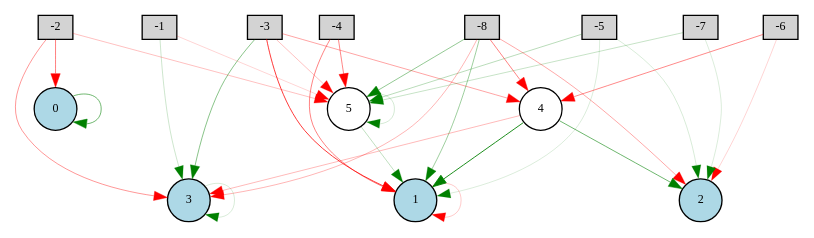
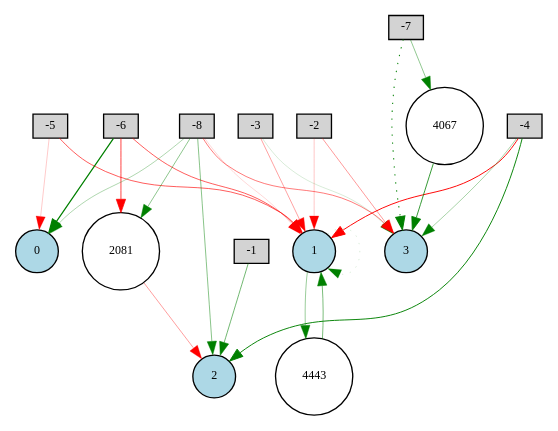
Before and after one commit to DanyBoi22/WP_EA_Shared: the diagram in New folder/py-scripte/NEAT-Code-Template/Digraph.gv, drawn with Graphviz. The commit also changed 6 other files, not shown here.

```diff
--- a/New folder/py-scripte/NEAT-Code-Template/Digraph.gv
+++ b/New folder/py-scripte/NEAT-Code-Template/Digraph.gv
@@ -1,48 +1,43 @@
 digraph {
 	node [fontsize=9 height=0.2 shape=circle width=0.2]
 	-1 [fillcolor=lightgray shape=box style=filled]
 	-2 [fillcolor=lightgray shape=box style=filled]
 	-3 [fillcolor=lightgray shape=box style=filled]
 	-4 [fillcolor=lightgray shape=box style=filled]
 	-5 [fillcolor=lightgray shape=box style=filled]
 	-6 [fillcolor=lightgray shape=box style=filled]
 	-7 [fillcolor=lightgray shape=box style=filled]
 	-8 [fillcolor=lightgray shape=box style=filled]
 	0 [fillcolor=lightblue style=filled]
 	1 [fillcolor=lightblue style=filled]
 	2 [fillcolor=lightblue style=filled]
 	3 [fillcolor=lightblue style=filled]
-	4 [fillcolor=white style=filled]
-	5 [fillcolor=white style=filled]
-	-6 -> 2 [color=red penwidth=0.1338249753612882 style=solid]
-	-5 -> 2 [color=green penwidth=0.11759527088654192 style=solid]
-	4 -> 2 [color=green penwidth=0.4278925596161429 style=solid]
-	-3 -> 3 [color=green penwidth=0.3461501546563926 style=solid]
-	3 -> 3 [color=green penwidth=0.12312063915704431 style=solid]
-	4 -> 3 [color=red penwidth=0.21260601684965474 style=solid]
-	-8 -> 3 [color=red penwidth=0.22126358712912797 style=solid]
-	5 -> 1 [color=green penwidth=0.19097149744037067 style=solid]
-	-1 -> 3 [color=green penwidth=0.15215927218144754 style=solid]
-	1 -> 1 [color=red penwidth=0.16211943467455403 style=solid]
-	-4 -> 5 [color=red penwidth=0.3552924715895487 style=solid]
-	-6 -> 4 [color=red penwidth=0.35218232873300126 style=solid]
-	-2 -> 5 [color=red penwidth=0.1859543914812576 style=solid]
-	-3 -> 1 [color=red penwidth=0.5811704713279676 style=solid]
-	-5 -> 1 [color=green penwidth=0.10943718122502621 style=solid]
-	-7 -> 2 [color=green penwidth=0.11300443503030627 style=solid]
-	-4 -> 1 [color=red penwidth=0.37473637882678756 style=solid]
-	-2 -> 3 [color=red penwidth=0.3126427047105579 style=solid]
-	0 -> 0 [color=green penwidth=0.42082778283500355 style=solid]
-	-8 -> 4 [color=red penwidth=0.37087272267716487 style=solid]
-	-7 -> 5 [color=green penwidth=0.16736279684383548 style=solid]
-	-8 -> 5 [color=green penwidth=0.32128202912026116 style=solid]
-	-3 -> 5 [color=red penwidth=0.19125401779437845 style=solid]
-	-8 -> 2 [color=red penwidth=0.25562147294949583 style=solid]
-	-3 -> 4 [color=red penwidth=0.26832279730064357 style=solid]
-	4 -> 1 [color=green penwidth=0.6583000746862492 style=solid]
-	-8 -> 1 [color=green penwidth=0.2875335019799178 style=solid]
-	-1 -> 5 [color=red penwidth=0.13303857728259605 style=solid]
-	-5 -> 5 [color=green penwidth=0.2127858972365328 style=solid]
-	5 -> 5 [color=green penwidth=0.1270614682766895 style=solid]
-	-2 -> 0 [color=red penwidth=0.3753578477917332 style=solid]
+	4067 [fillcolor=white style=filled]
+	2081 [fillcolor=white style=filled]
+	4443 [fillcolor=white style=filled]
+	-8 -> 1 [color=red penwidth=0.11820117066678733 style=solid]
+	-3 -> 3 [color=green penwidth=0.12377965938598022 style=solid]
+	-6 -> 0 [color=green penwidth=0.9043138877068128 style=solid]
+	-2 -> 1 [color=red penwidth=0.16531682660136343 style=solid]
+	-3 -> 1 [color=red penwidth=0.28334723550891927 style=solid]
+	-8 -> 0 [color=green penwidth=0.23698247446468357 style=solid]
+	-5 -> 0 [color=red penwidth=0.15943648254432685 style=solid]
+	-4 -> 1 [color=red penwidth=0.7235766639252913 style=solid]
+	-1 -> 2 [color=green penwidth=0.41706265342849 style=solid]
+	1 -> 1 [color=green penwidth=0.12022297731501022 style=dotted]
+	-4 -> 2 [color=green penwidth=0.7072699494933792 style=solid]
+	-8 -> 3 [color=red penwidth=0.3860304330024721 style=solid]
+	-8 -> 2 [color=green penwidth=0.3512382342927819 style=solid]
+	-2 -> 3 [color=red penwidth=0.2960100350373645 style=solid]
+	-5 -> 1 [color=red penwidth=0.48316818031143194 style=solid]
+	-6 -> 1 [color=red penwidth=0.47597761565734176 style=solid]
+	-4 -> 3 [color=green penwidth=0.25581764130248336 style=solid]
+	-8 -> 2081 [color=green penwidth=0.3445868133357262 style=solid]
+	2081 -> 2 [color=red penwidth=0.2871667780895002 style=solid]
+	-7 -> 3 [color=green penwidth=0.7720164502369912 style=dotted]
+	-7 -> 4067 [color=green penwidth=0.3302421546262231 style=solid]
+	4067 -> 3 [color=green penwidth=0.593556955519378 style=solid]
+	-6 -> 2081 [color=red penwidth=0.5553256545426478 style=solid]
+	1 -> 4443 [color=green penwidth=0.30000000000000004 style=solid]
+	4443 -> 1 [color=green penwidth=0.39449706433359766 style=solid]
 }
```
